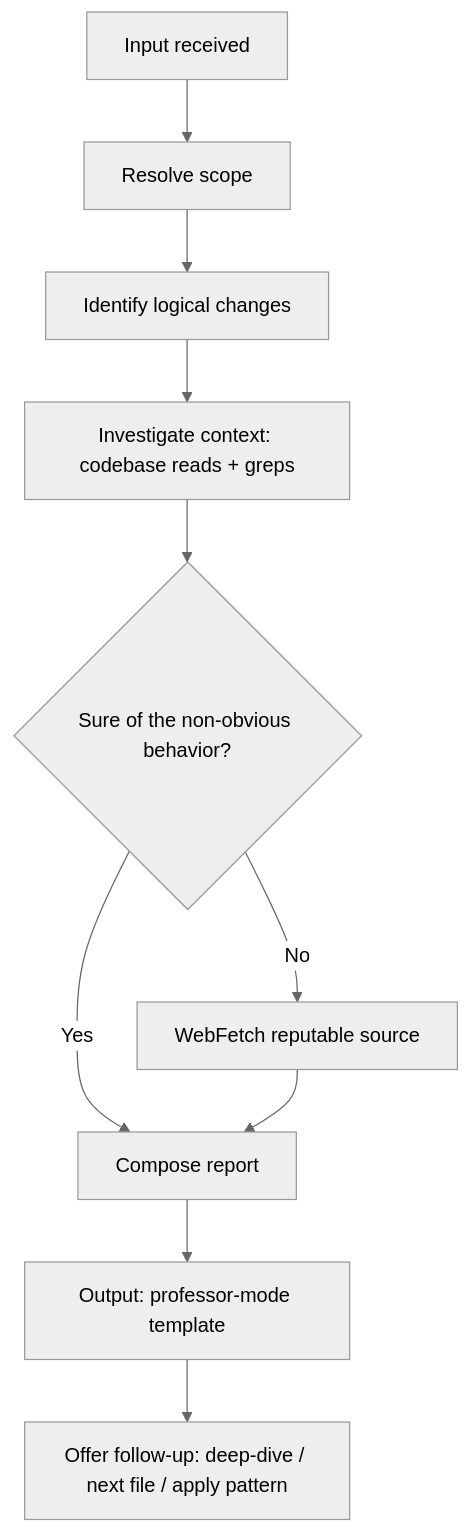
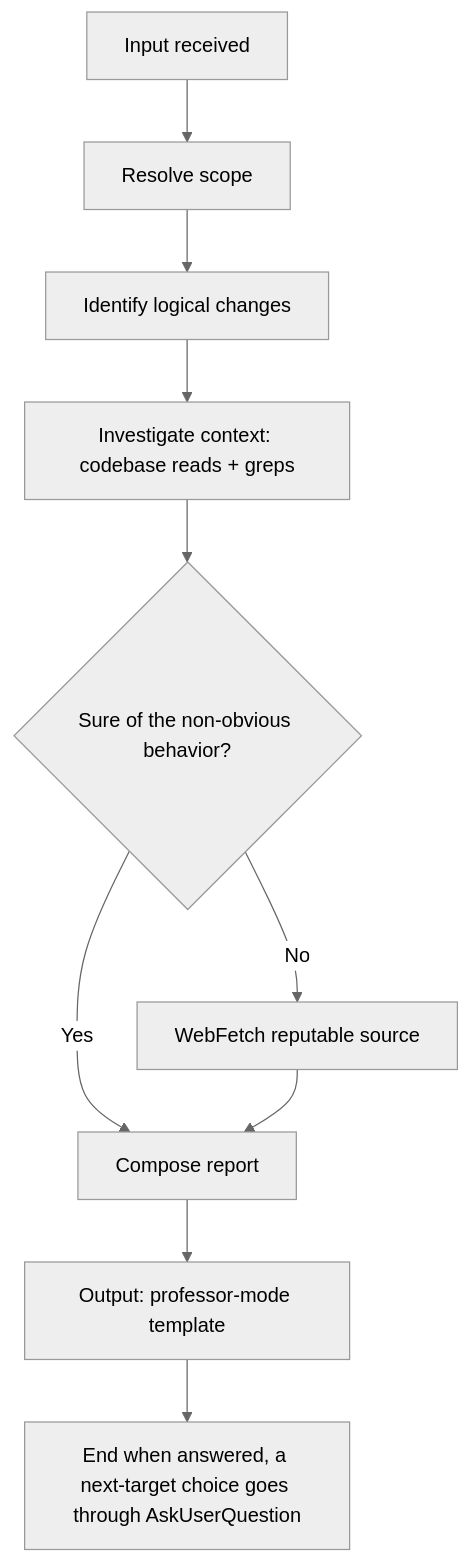
One commit to MaciWP/poneglyph changed the second of 2 diagrams in .claude/skills/changes-explain/SKILL.md. Above: the diagram before and after it, drawn with Mermaid (neutral theme). The commit also changed other lines of this file and 77 other files, not shown here.

````diff
--- a/.claude/skills/changes-explain/SKILL.md
+++ b/.claude/skills/changes-explain/SKILL.md
@@ -73,12 +73,12 @@
 ```mermaid
 graph TD
     A[Input received] --> B[Resolve scope]
     B --> C[Identify logical changes]
     C --> D[Investigate context: codebase reads + greps]
     D --> E{Sure of the non-obvious behavior?}
     E -->|No| F[WebFetch reputable source]
     E -->|Yes| G[Compose report]
     F --> G
     G --> H[Output: professor-mode template]
-    H --> I[Offer follow-up: deep-dive / next file / apply pattern]
+    H --> I[End when answered, a next-target choice goes through AskUserQuestion]
 ```
````
